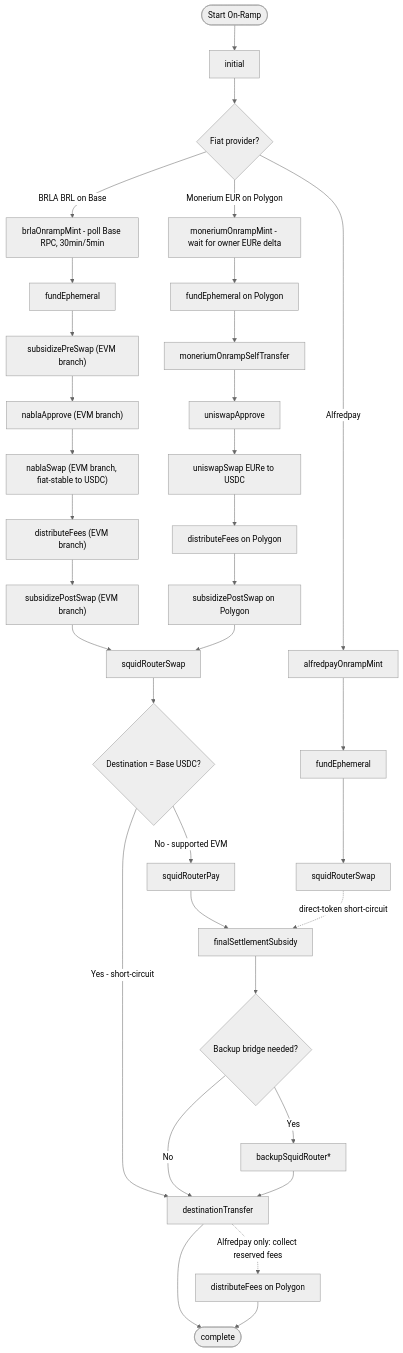
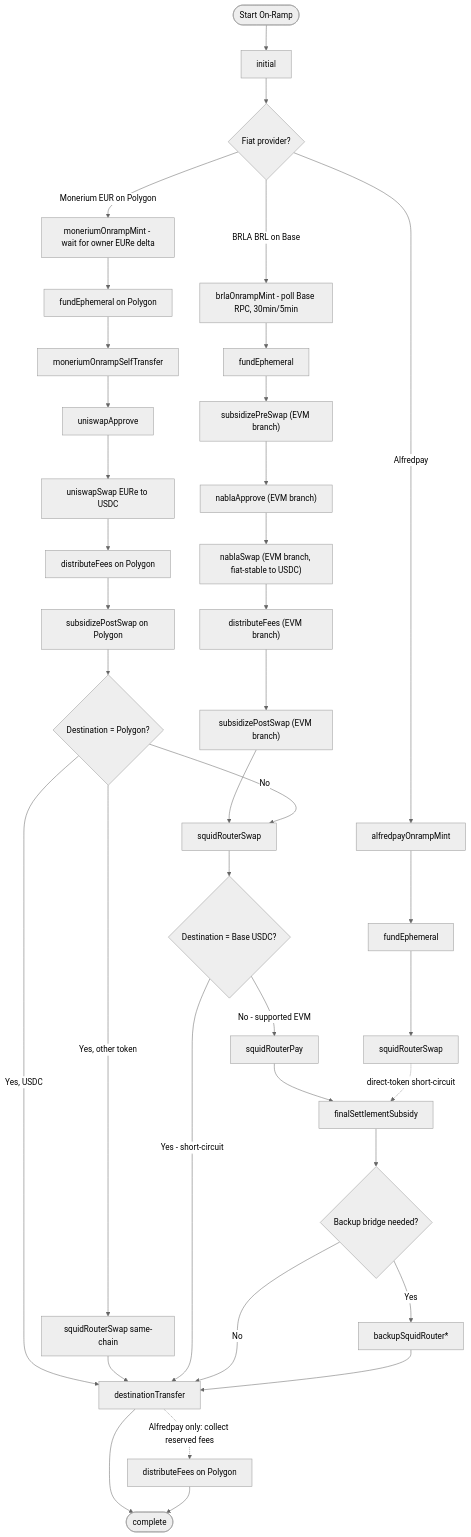
One commit to pendulum-chain/vortex changed the first of 2 diagrams in docs/security-spec/03-ramp-engine/ramp-phase-flows.md. Above: the diagram before and after it, drawn with Mermaid (neutral theme). The commit also changed other lines of this file and 5 other files, not shown here.

Commit message:
docs(repo): document the same-chain Polygon EUR onramp route

````diff
--- a/docs/security-spec/03-ramp-engine/ramp-phase-flows.md
+++ b/docs/security-spec/03-ramp-engine/ramp-phase-flows.md
@@ -80,50 +81,54 @@
 ```mermaid
 graph TD
     Start([Start On-Ramp]) --> Init[initial]
     Init --> Provider{Fiat provider?}
 
     %% --- Per-corridor fiat-watch entry phases ---
     Provider -->|BRLA BRL on Base| BrlaMint[brlaOnrampMint - poll Base RPC, 30min/5min]
     Provider -->|Monerium EUR on Polygon| MonIssue[moneriumOnrampMint - wait for owner EURe delta]
     Provider -->|Alfredpay| AfMint[alfredpayOnrampMint]
 
     %% --- BRL Base route ---
     BrlaMint --> BrlaFund[fundEphemeral]
     BrlaFund --> SubPreEvm
 
     %% --- Base-EVM swap chain (BRL) ---
     SubPreEvm["subsidizePreSwap (EVM branch)"] --> ApproveEvm["nablaApprove (EVM branch)"]
     ApproveEvm --> SwapEvm["nablaSwap (EVM branch, fiat-stable to USDC)"]
     SwapEvm --> DistEvm["distributeFees (EVM branch)"]
     DistEvm --> SubPostEvm["subsidizePostSwap (EVM branch)"]
     SubPostEvm --> SquidSwap[squidRouterSwap]
 
     %% --- Monerium Polygon route ---
     MonIssue --> MonFund[fundEphemeral on Polygon]
     MonFund --> MonTransfer[moneriumOnrampSelfTransfer]
     MonTransfer --> UniApprove[uniswapApprove]
     UniApprove --> UniSwap[uniswapSwap EURe to USDC]
     UniSwap --> MonDist[distributeFees on Polygon]
     MonDist --> MonSub[subsidizePostSwap on Polygon]
-    MonSub --> SquidSwap
+    MonSub --> MonDest{Destination = Polygon?}
+    MonDest -->|No| SquidSwap
+    MonDest -->|Yes, USDC| DestTransfer
+    MonDest -->|Yes, other token| MonSameChain[squidRouterSwap same-chain]
+    MonSameChain --> DestTransfer
 
     %% --- Destination routing (shared) ---
     SquidSwap --> Dest{Destination = Base USDC?}
     Dest -->|Yes - short-circuit| DestTransfer[destinationTransfer]
     Dest -->|No - supported EVM| SquidPay[squidRouterPay]
     SquidPay --> FinalSubsidy[finalSettlementSubsidy]
     FinalSubsidy --> Backup{Backup bridge needed?}
     Backup -->|Yes| BackupSquid[backupSquidRouter*]
     Backup -->|No| DestTransfer
     BackupSquid --> DestTransfer
 
     %% --- Alfredpay branch: direct-token Polygon case short-circuits the swap, then final settlement subsidy runs before destinationTransfer ---
     AfMint --> AfFund[fundEphemeral]
     AfFund --> AfSquidSwap[squidRouterSwap]
     AfSquidSwap -.direct-token short-circuit.-> FinalSubsidy
 
     %% --- Terminal ---
     DestTransfer --> Complete([complete])
     DestTransfer -.Alfredpay only: collect reserved fees.-> AfDist[distributeFees on Polygon]
     AfDist --> Complete
 ```
````
